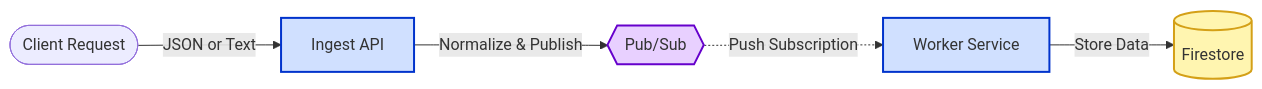
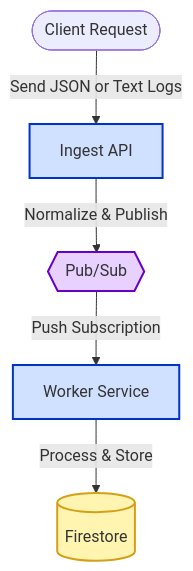
One commit to RahulR30/memory-machines-backendtask changed the diagram in README.md. Above: the diagram before and after it, drawn with Mermaid.

Commit message:
Add cleaned backend code with .gitignore

````diff
--- a/README.md
+++ b/README.md
@@ -42,24 +42,24 @@
 ```mermaid
-flowchart LR
-   %% Nodes
+flowchart TD
+    %% Nodes
     Client([Client Request])
     API[Ingest API]
     PS{{Pub/Sub}}
     Worker[Worker Service]
     DB[(Firestore)]
 
-    %% Edge Connections
-    Client -->|JSON or Text| API
+    %% Flow
+    Client -->|Send JSON or Text Logs| API
     API -->|Normalize & Publish| PS
-    PS -.->|Push Subscription| Worker
-    Worker -->|Store Data| DB
+    PS -->|Push Subscription| Worker
+    Worker -->|Process & Store| DB
 
-    %% Styling (Standard GitHub Colors)
+    %% Styling
     classDef compute fill:#d0e0ff,stroke:#0033cc,stroke-width:2px;
     classDef storage fill:#fff5b0,stroke:#d4a017,stroke-width:2px;
     classDef queue fill:#e8d0ff,stroke:#6600cc,stroke-width:2px;
 
     class API,Worker compute;
     class DB storage;
     class PS queue;
 ```
````
